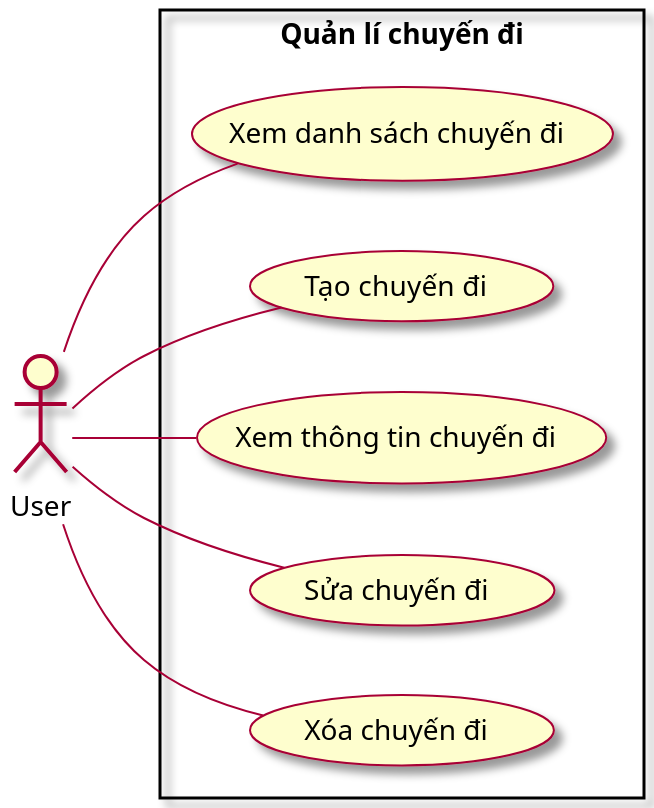
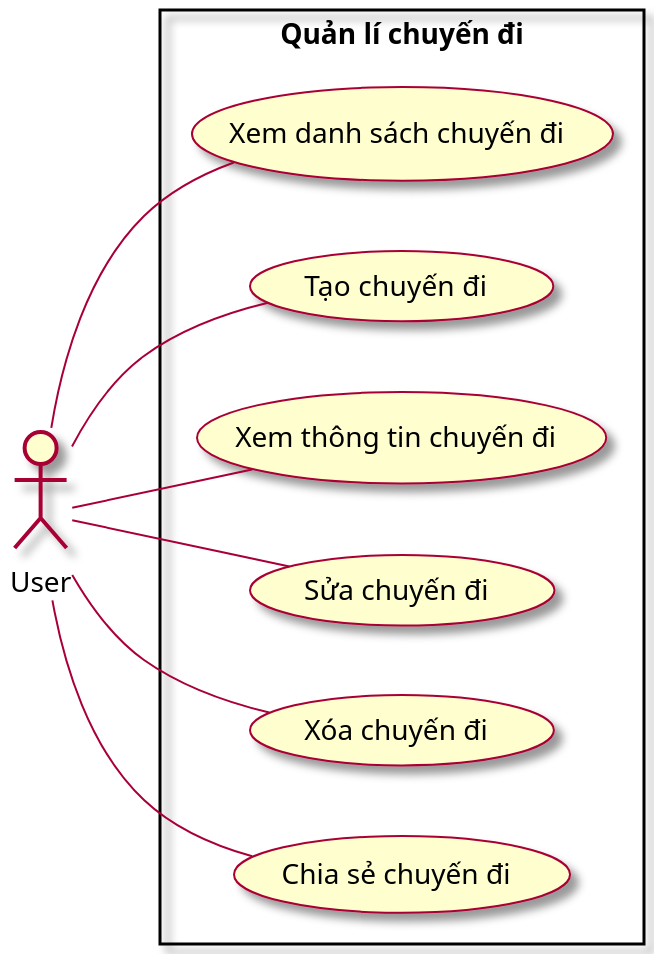
One commit to Griselda4774/WanderFun_Diagram changed the diagram in Usecase/4. ManageTripUC.puml. Above: the diagram before and after it, drawn with PlantUML. The commit also changed 2 other files, not shown here.

```diff
--- a/Usecase/4. ManageTripUC.puml
+++ b/Usecase/4. ManageTripUC.puml
@@ -1,23 +1,25 @@
 @startuml ManagePlanTripUC
 
 left to right direction
 skin rose
 scale 2
 
 actor "User" as u
 
 rectangle "Quản lí chuyến đi" {
     usecase "Xem danh sách chuyến đi" as UC1
     usecase "Tạo chuyến đi" as UC2
     usecase "Xem thông tin chuyến đi" as UC3
     usecase "Sửa chuyến đi" as UC4
     usecase "Xóa chuyến đi" as UC5
+    usecase "Chia sẻ chuyến đi" as UC6
 }
 
 u -- UC1
 u -- UC2
 u -- UC3
 u -- UC4
 u -- UC5
+u -- UC6
 
 @enduml
```
